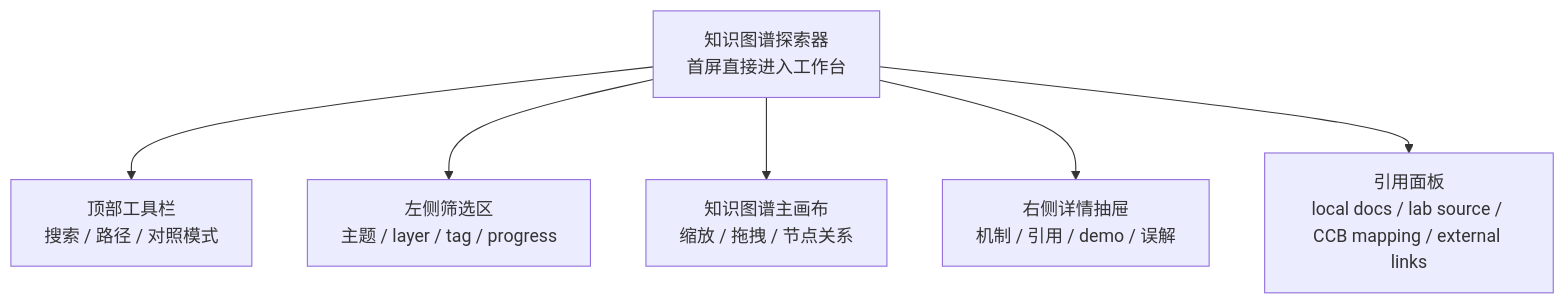
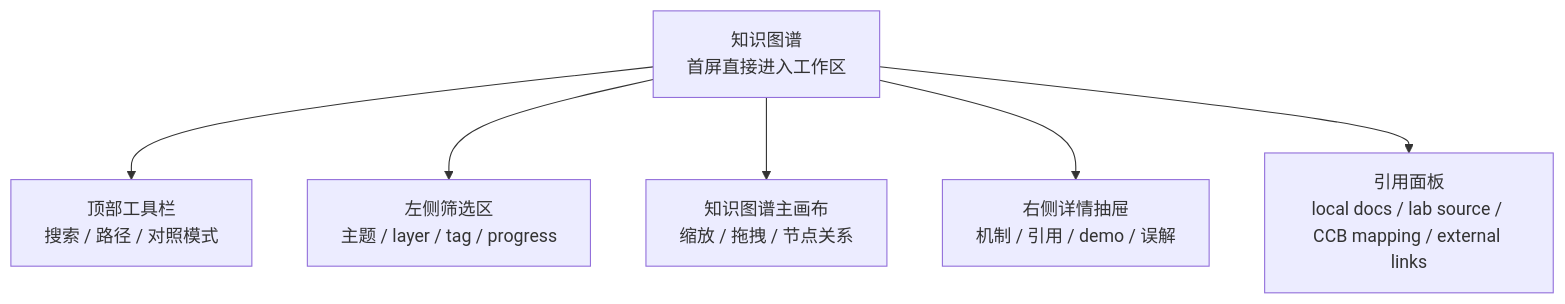
Before and after one commit to JasonxzWen/agent-harness-lab: the first of 3 diagrams in apps/knowledge-graph/docs/overall-design.md, drawn with Mermaid. The commit also changed other lines of this file and 12 other files, not shown here.

Commit message:
feat: simplify knowledge graph copy

````diff
--- a/apps/knowledge-graph/docs/overall-design.md
+++ b/apps/knowledge-graph/docs/overall-design.md
@@ -17,8 +17,8 @@
 ```mermaid
 flowchart TD
-    A["知识图谱探索器<br/>首屏直接进入工作台"] --> B["顶部工具栏<br/>搜索 / 路径 / 对照模式"]
+    A["知识图谱<br/>首屏直接进入工作区"] --> B["顶部工具栏<br/>搜索 / 路径 / 对照模式"]
     A --> C["左侧筛选区<br/>主题 / layer / tag / progress"]
     A --> D["知识图谱主画布<br/>缩放 / 拖拽 / 节点关系"]
     A --> E["右侧详情抽屉<br/>机制 / 引用 / demo / 误解"]
     A --> F["引用面板<br/>local docs / lab source / CCB mapping / external links"]
 ```
````
